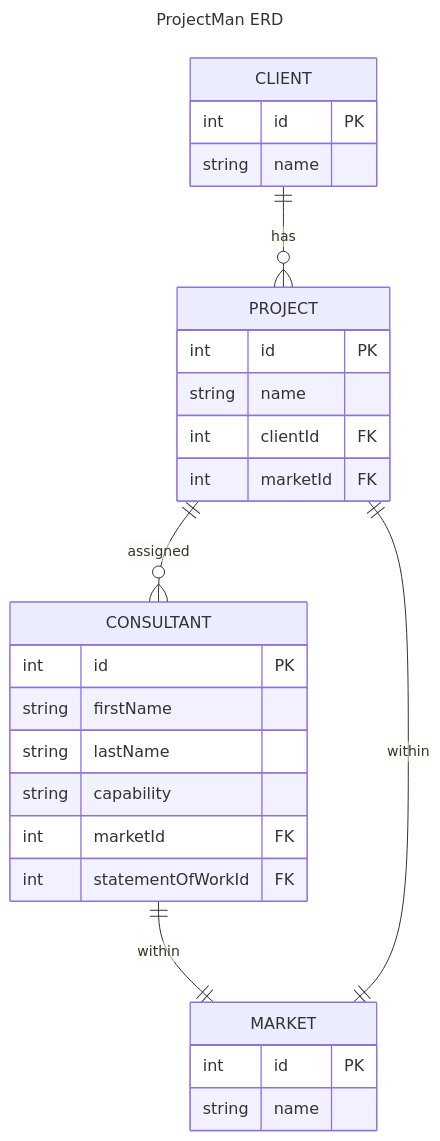
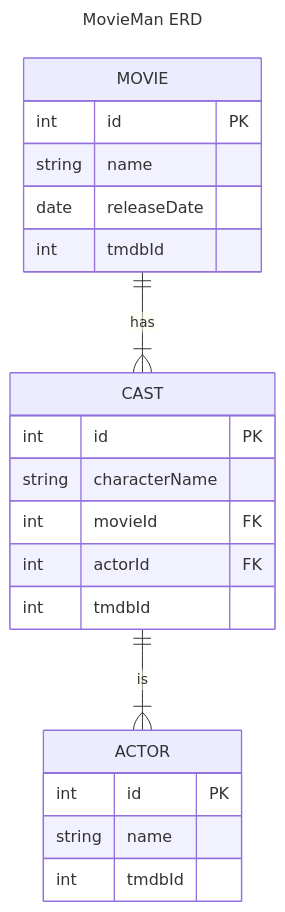
The diagram in documentation/DatabaseEntityRelationships.md (joseeliaschavez/java-rest-api-template), drawn with Mermaid before and after one commit. The commit also changed 12 other files, not shown here.

````diff
--- a/documentation/DatabaseEntityRelationships.md
+++ b/documentation/DatabaseEntityRelationships.md
@@ -3,32 +3,26 @@
 ```mermaid
 ---
-title: ProjectMan ERD
+title: MovieMan ERD
 ---
 erDiagram
-    CLIENT ||--o{ PROJECT : has
-    CLIENT {
+    MOVIE ||--|{ CAST : has
+    MOVIE {
         int id PK
         string name
+        date releaseDate
+        int tmdbId
     }
-    PROJECT {
+    CAST ||--|{ ACTOR: is
+    CAST {
+        int id PK
+        string characterName
+        int movieId FK
+        int actorId FK
+        int tmdbId
+    }
+    ACTOR {
         int id PK
         string name
-        int clientId FK
-        int marketId FK
-    }
-    PROJECT ||--o{ CONSULTANT : assigned
-    CONSULTANT {
-        int id PK
-        string firstName
-        string lastName
-        string capability
-        int marketId FK
-        int statementOfWorkId FK
-    }
-    CONSULTANT ||--|| MARKET : within
-    PROJECT ||--|| MARKET : within
-    MARKET {
-        int id PK
-        string name
+        int tmdbId
     }
 ```
````
